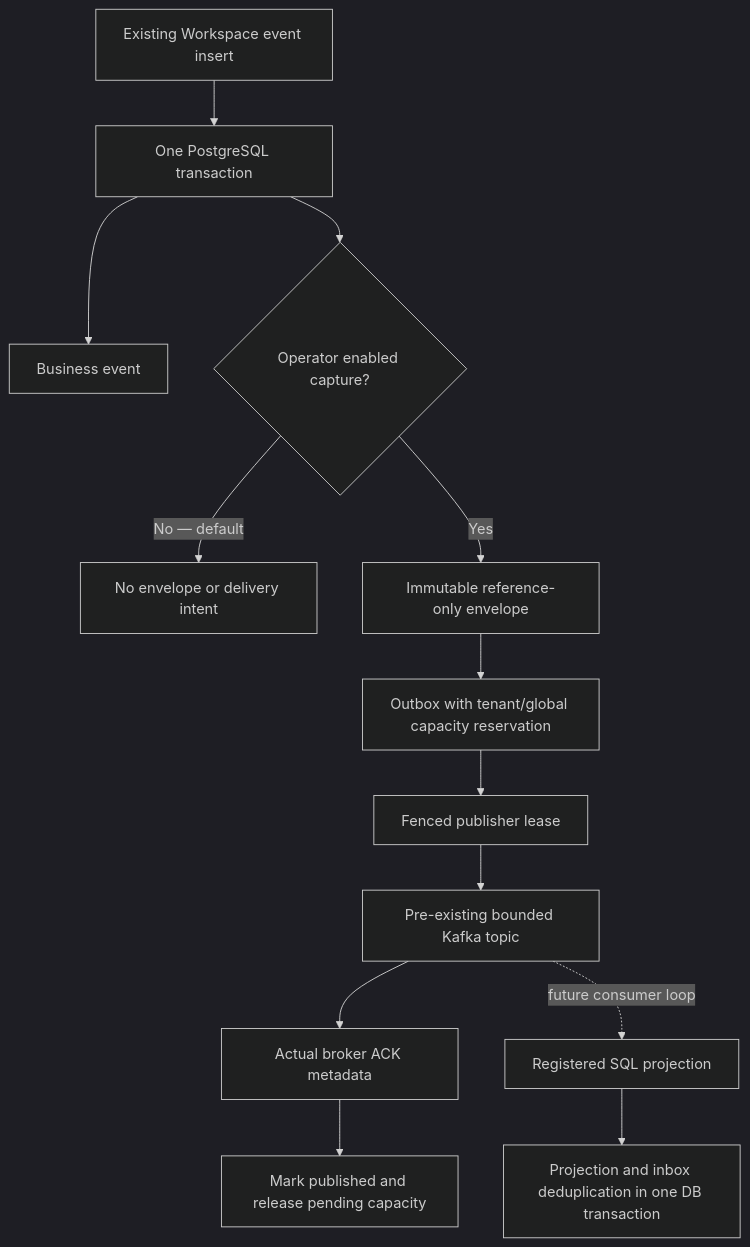
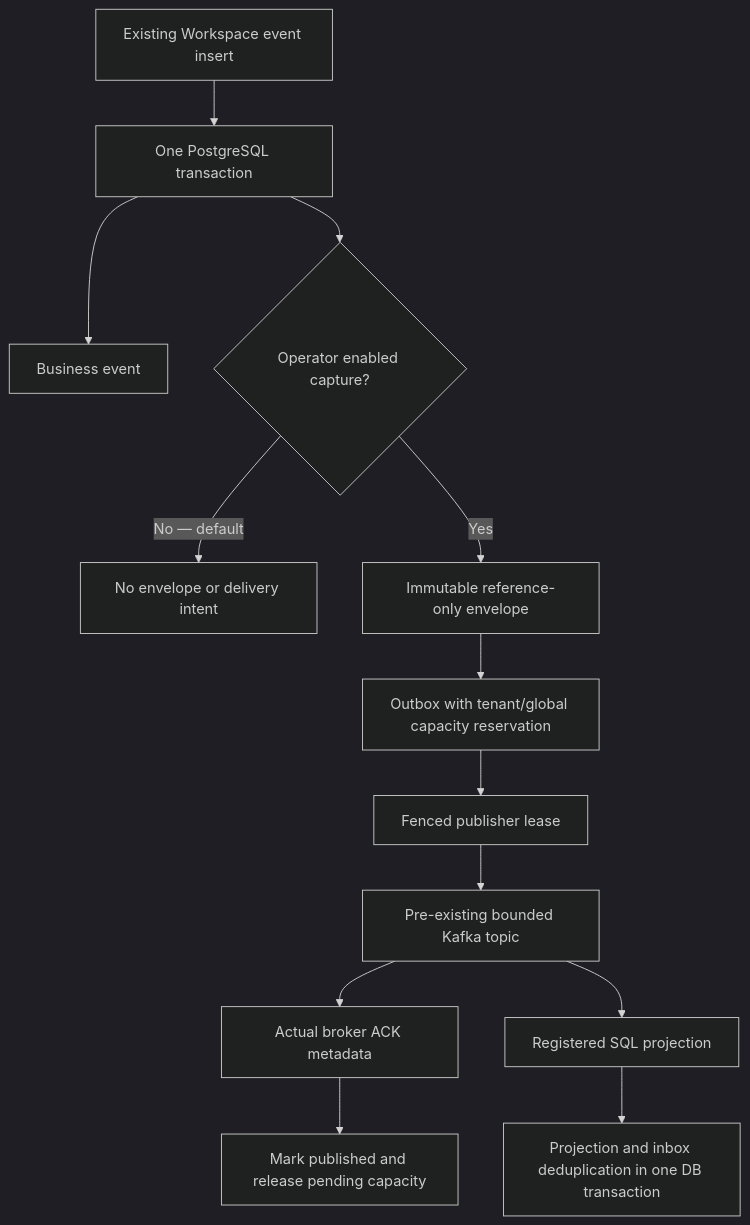
The diagram in docs/WORKFLOW_EVENT_OUTBOX.md (agentic-ai-training/google-connector-app), drawn with Mermaid (dark theme) before and after one commit. The commit also changed other lines of this file and 15 other files, not shown here.

Commit message:
Add bounded workflow consumer with SQL projection and erasure-safe replay

````diff
--- a/docs/WORKFLOW_EVENT_OUTBOX.md
+++ b/docs/WORKFLOW_EVENT_OUTBOX.md
@@ -11,15 +11,15 @@
 ```mermaid
 flowchart TD
     W[Existing Workspace event insert] --> T[One PostgreSQL transaction]
     T --> B[Business event]
     T --> G{Operator enabled capture?}
     G -->|No — default| O[No envelope or delivery intent]
     G -->|Yes| E[Immutable reference-only envelope]
     E --> Q[Outbox with tenant/global capacity reservation]
     Q --> L[Fenced publisher lease]
     L --> K[Pre-existing bounded Kafka topic]
     K --> A[Actual broker ACK metadata]
     A --> P[Mark published and release pending capacity]
-    K -. future consumer loop .-> C[Registered SQL projection]
+    K --> C[Registered SQL projection]
     C --> I[Projection and inbox deduplication in one DB transaction]
 ```
````
